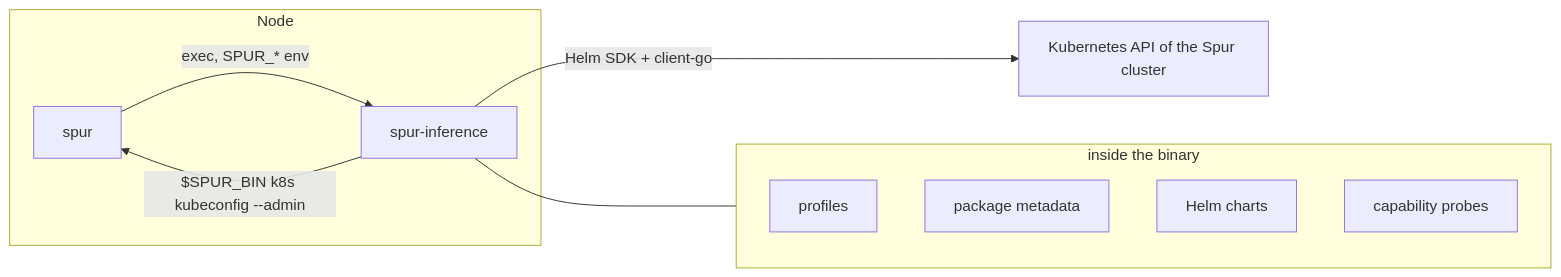
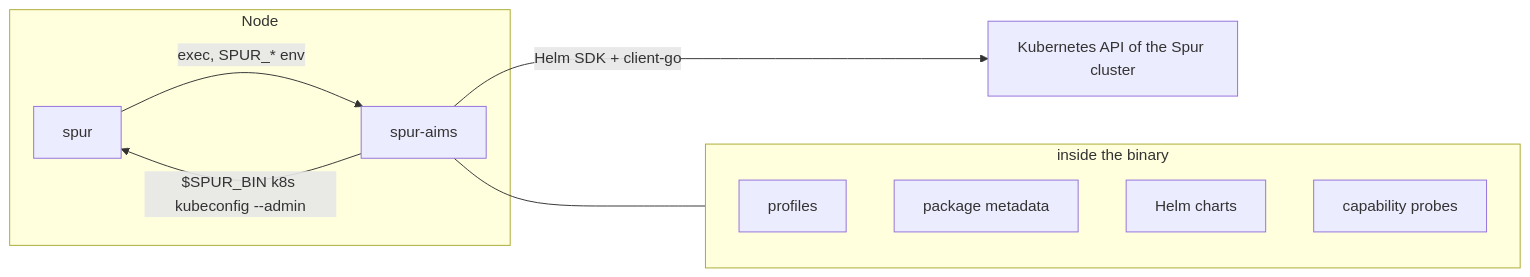
One commit to silogen/cluster-forge changed the second of 2 diagrams in byok/docs/spur-cli-plugins.md. Above: the diagram before and after it, drawn with Mermaid. The commit also changed other lines of this file and 34 other files, not shown here.

First line of the commit message:
chore: Rename the spur-inference plugin to spur-aims

````diff
--- a/byok/docs/spur-cli-plugins.md
+++ b/byok/docs/spur-cli-plugins.md
@@ -131,15 +131,15 @@
 ```mermaid
 flowchart LR
     subgraph Node
-      S["spur"] -->|exec, SPUR_* env| P["spur-inference"]
+      S["spur"] -->|exec, SPUR_* env| P["spur-aims"]
       P -->|"$SPUR_BIN k8s kubeconfig --admin"| S
     end
     P -->|Helm SDK + client-go| K["Kubernetes API of the Spur cluster"]
     subgraph P2["inside the binary"]
       C1["profiles"]
       C2["package metadata"]
       C3["Helm charts"]
       C4["capability probes"]
     end
     P --- P2
 ```
````
